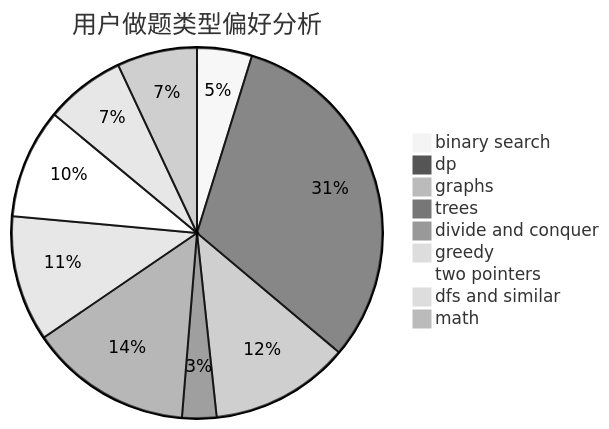
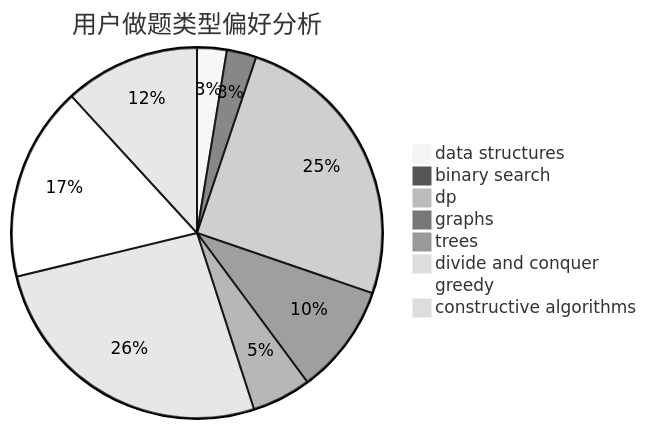
Before and after one commit to sherpahu/cfrs.github.io: the second of 3 diagrams in docs/user/u1761.md, drawn with Mermaid (neutral theme). The commit also changed other lines of this file and 2775 other files, not shown here.

````diff
--- a/docs/user/u1761.md
+++ b/docs/user/u1761.md
@@ -23,12 +23,11 @@
 ```mermaid
 pie title 用户做题类型偏好分析
-    "binary search" :  24
-    "dp" :  157
-    "graphs" :  61
-    "trees" :  15
+    "data structures" :  7
+    "binary search" :  7
+    "dp" :  68
+    "graphs" :  26
+    "trees" :  14
     "divide and conquer" :  71
-    "greedy" :  55
-    "two pointers" :  48
-    "dfs and similar" :  35
-    "math" :  35
+    "greedy" :  46
+    "constructive algorithms" :  32
 ```
````
